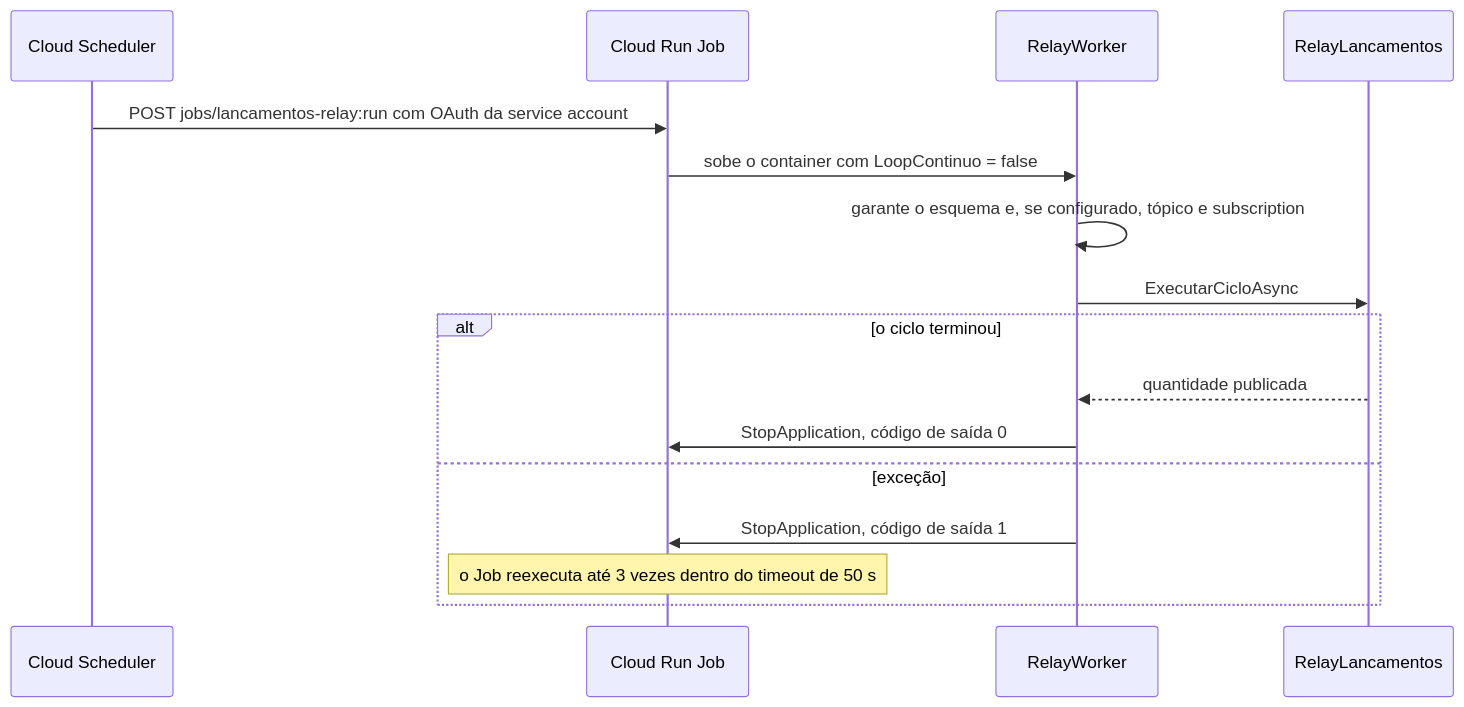
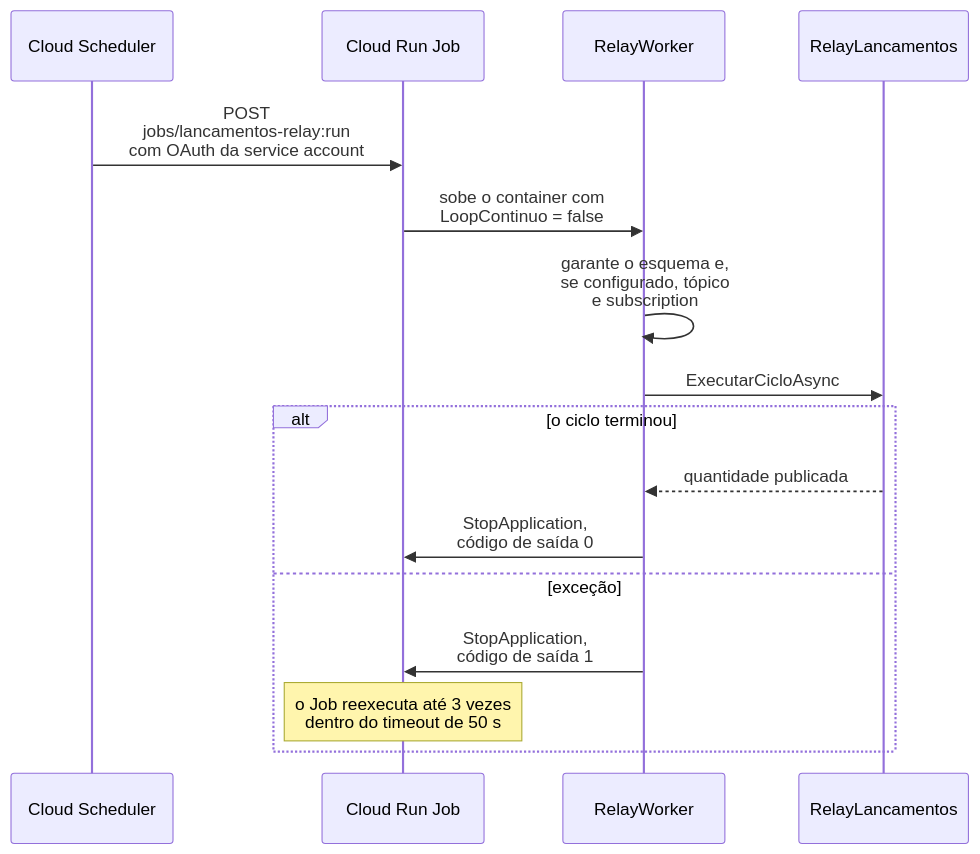
One commit to michellerodrigues/lancamentos-diarios-poc changed diagram 19 of 23 in docs/arquitetura/software/02-c4-componentes-e-codigo.md. Above: the diagram before and after it, drawn with Mermaid. The commit also changed other lines of this file and 45 other files, not shown here.

````diff
--- a/docs/arquitetura/software/02-c4-componentes-e-codigo.md
+++ b/docs/arquitetura/software/02-c4-componentes-e-codigo.md
@@ -782,18 +914,18 @@
 ```mermaid
 sequenceDiagram
     participant CS as Cloud Scheduler
     participant RJ as Cloud Run Job
     participant RW as RelayWorker
     participant R as RelayLancamentos
-    CS->>RJ: POST jobs/lancamentos-relay:run com OAuth da service account
-    RJ->>RW: sobe o container com LoopContinuo = false
-    RW->>RW: garante o esquema e, se configurado, tópico e subscription
+    CS->>RJ: POST<br/>jobs/lancamentos-relay:run<br/>com OAuth da service account
+    RJ->>RW: sobe o container com<br/>LoopContinuo = false
+    RW->>RW: garante o esquema e,<br/>se configurado, tópico<br/>e subscription
     RW->>R: ExecutarCicloAsync
     alt o ciclo terminou
         R-->>RW: quantidade publicada
-        RW->>RJ: StopApplication, código de saída 0
+        RW->>RJ: StopApplication,<br/>código de saída 0
     else exceção
-        RW->>RJ: StopApplication, código de saída 1
-        Note over RJ: o Job reexecuta até 3 vezes dentro do timeout de 50 s
+        RW->>RJ: StopApplication,<br/>código de saída 1
+        Note over RJ: o Job reexecuta até 3 vezes<br/>dentro do timeout de 50 s
     end
 ```
````
